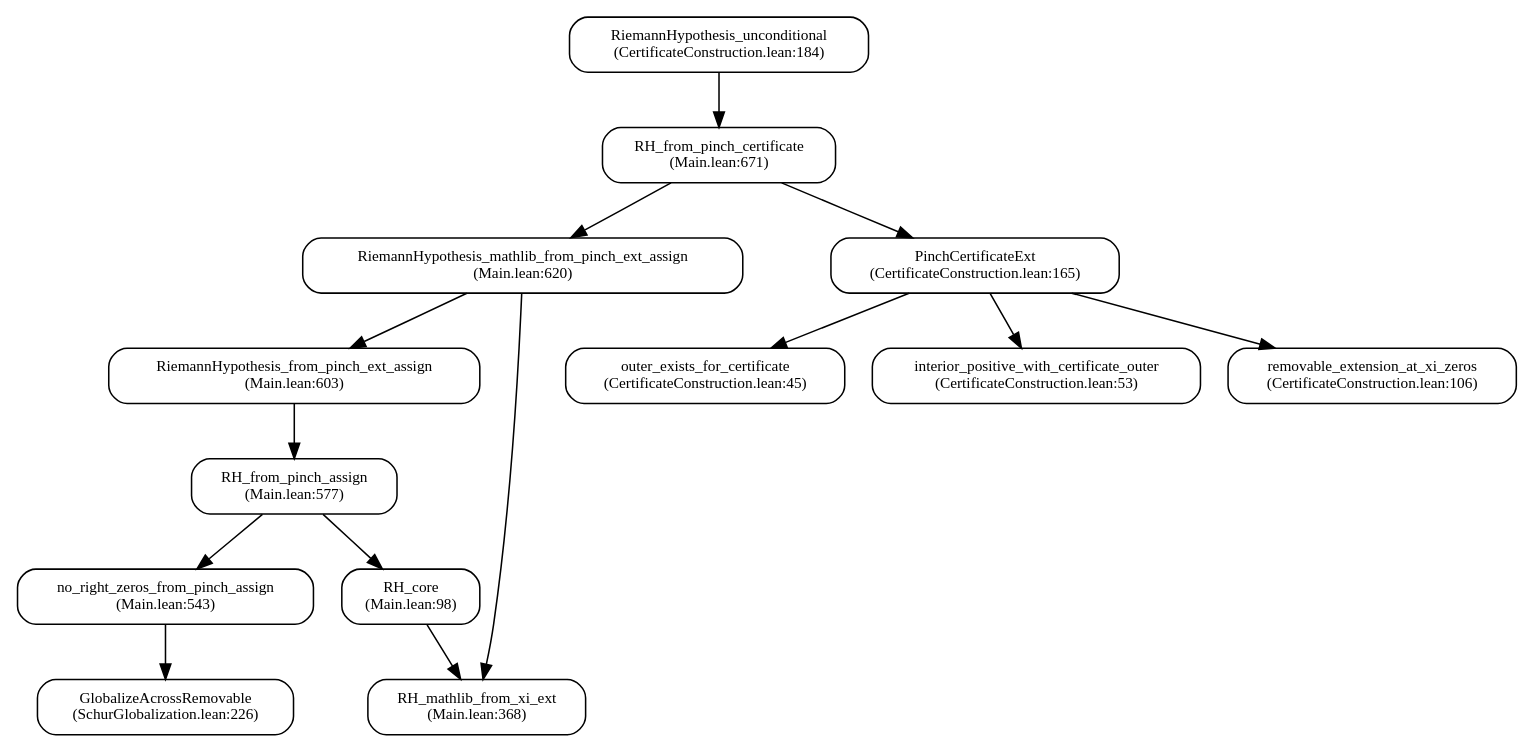
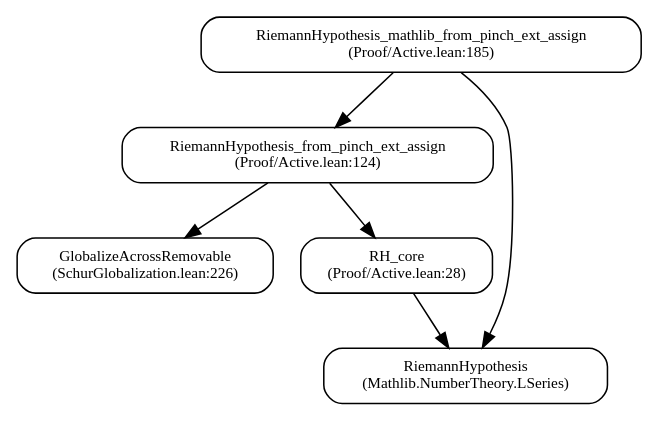
One commit to jonwashburn/riemann changed the diagram in no-zeros/PROOF_MAP.dot. Above: the diagram before and after it, drawn with Graphviz. The commit also changed 5 other files, not shown here.

```diff
--- a/no-zeros/PROOF_MAP.dot
+++ b/no-zeros/PROOF_MAP.dot
@@ -1,34 +1,16 @@
 strict digraph RH_Proof {
   rankdir=TB;
   node [shape=box, style=rounded, fontsize=10];
 
-  RH_uncond [label="RiemannHypothesis_unconditional\n(CertificateConstruction.lean:184)"];
-  RH_pinch_cert [label="RH_from_pinch_certificate\n(Main.lean:671)"];
-  RH_ml_from_assign [label="RiemannHypothesis_mathlib_from_pinch_ext_assign\n(Main.lean:620)"];
-  RH_from_assign [label="RiemannHypothesis_from_pinch_ext_assign\n(Main.lean:603)"];
-  RH_pinch_assign [label="RH_from_pinch_assign\n(Main.lean:577)"];
-  No_right [label="no_right_zeros_from_pinch_assign\n(Main.lean:543)"];
+  RH_ml_from_assign [label="RiemannHypothesis_mathlib_from_pinch_ext_assign\n(Proof/Active.lean:185)"];
+  RH_from_assign [label="RiemannHypothesis_from_pinch_ext_assign\n(Proof/Active.lean:124)"];
   Globalize [label="GlobalizeAcrossRemovable\n(SchurGlobalization.lean:226)"];
-  Symmetry [label="RH_core\n(Main.lean:98)"];
-  RH_ml [label="RH_mathlib_from_xi_ext\n(Main.lean:368)"];
+  Symmetry [label="RH_core\n(Proof/Active.lean:28)"];
+  RH_ml [label="RiemannHypothesis\n(Mathlib.NumberTheory.LSeries)"];
 
-  Cert [label="PinchCertificateExt\n(CertificateConstruction.lean:165)"];
-  Outer [label="outer_exists_for_certificate\n(CertificateConstruction.lean:45)"];
-  Pos [label="interior_positive_with_certificate_outer\n(CertificateConstruction.lean:53)"];
-  Rem [label="removable_extension_at_xi_zeros\n(CertificateConstruction.lean:106)"];
-
-  RH_uncond -> RH_pinch_cert;
-  RH_pinch_cert -> RH_ml_from_assign;
   RH_ml_from_assign -> RH_from_assign;
-  RH_from_assign -> RH_pinch_assign;
-  RH_pinch_assign -> No_right;
-  No_right -> Globalize;
-  RH_pinch_assign -> Symmetry;
+  RH_from_assign -> Globalize;
+  RH_from_assign -> Symmetry;
   RH_ml_from_assign -> RH_ml;
   Symmetry -> RH_ml;
-
-  RH_pinch_cert -> Cert;
-  Cert -> Outer;
-  Cert -> Pos;
-  Cert -> Rem;
 }
```
